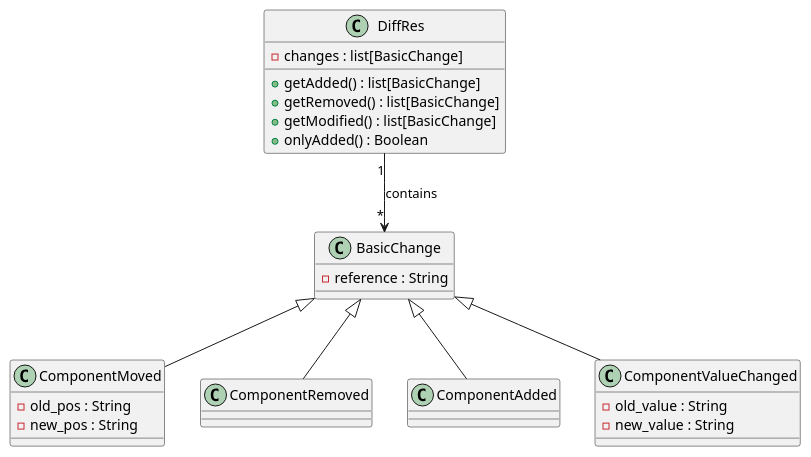
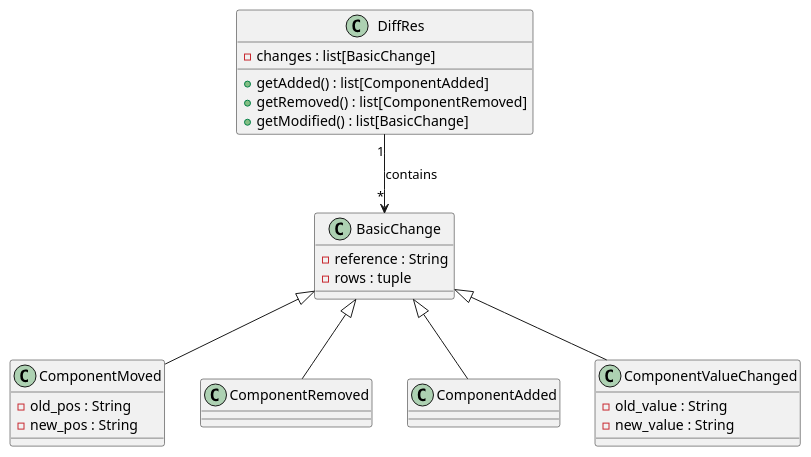
One commit to Ddragon1000/KiGit-AutoIntern-Team-Projektkopie- changed the diagram in KiGit/graphs/dataclass_diagram.puml. Above: the diagram before and after it, drawn with PlantUML.

Commit message:
updated dataclass diagram

```diff
--- a/KiGit/graphs/dataclass_diagram.puml
+++ b/KiGit/graphs/dataclass_diagram.puml
@@ -1,42 +1,42 @@
 @startuml DiffRes
 
 'Classes
 
 class DiffRes {
     - changes : list[BasicChange]
-    + getAdded() : list[BasicChange]
-    + getRemoved() : list[BasicChange]
+    + getAdded() : list[ComponentAdded]
+    + getRemoved() : list[ComponentRemoved]
     + getModified() : list[BasicChange]
-    + onlyAdded() : Boolean
 }
 
 class BasicChange {
     - reference : String
+    - rows : tuple
 }
 
 class ComponentMoved {
     - old_pos : String
     - new_pos : String
 }
 
 class ComponentRemoved {
 }
 
 class ComponentAdded {
 }
 
 class ComponentValueChanged {
     - old_value : String
     - new_value : String
 }
 
 'Association
 DiffRes "1" --> "*" BasicChange : contains
 
 'Inheritance
 BasicChange <|-- ComponentMoved
 BasicChange <|-- ComponentRemoved
 BasicChange <|-- ComponentAdded
 BasicChange <|-- ComponentValueChanged
 
 @enduml
```
